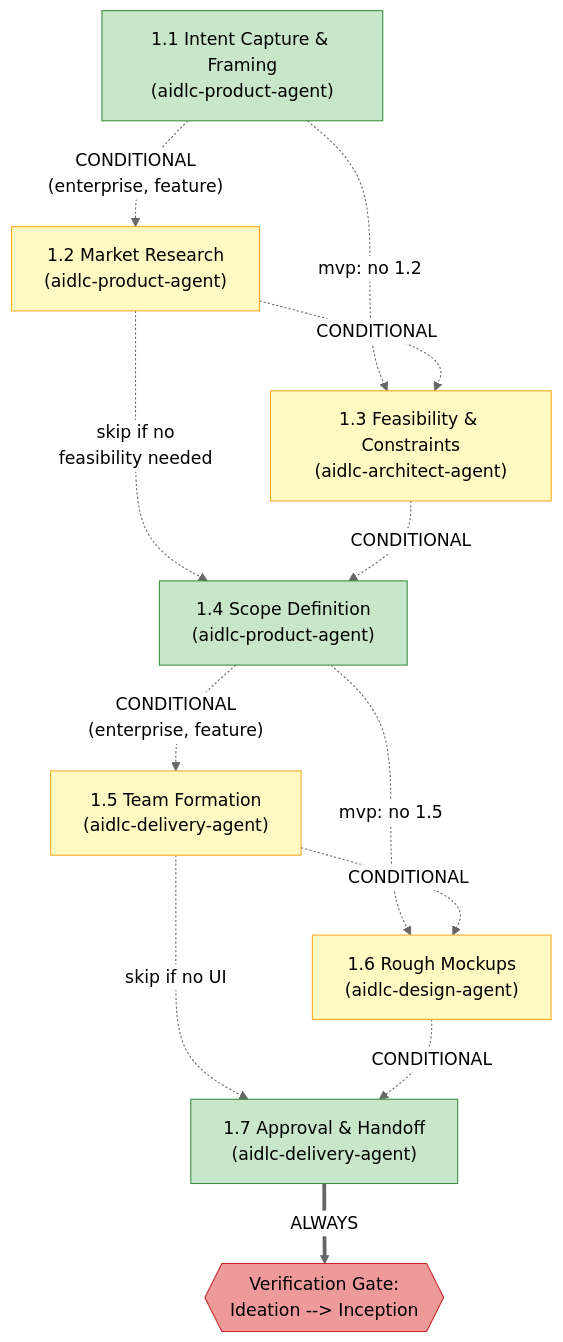
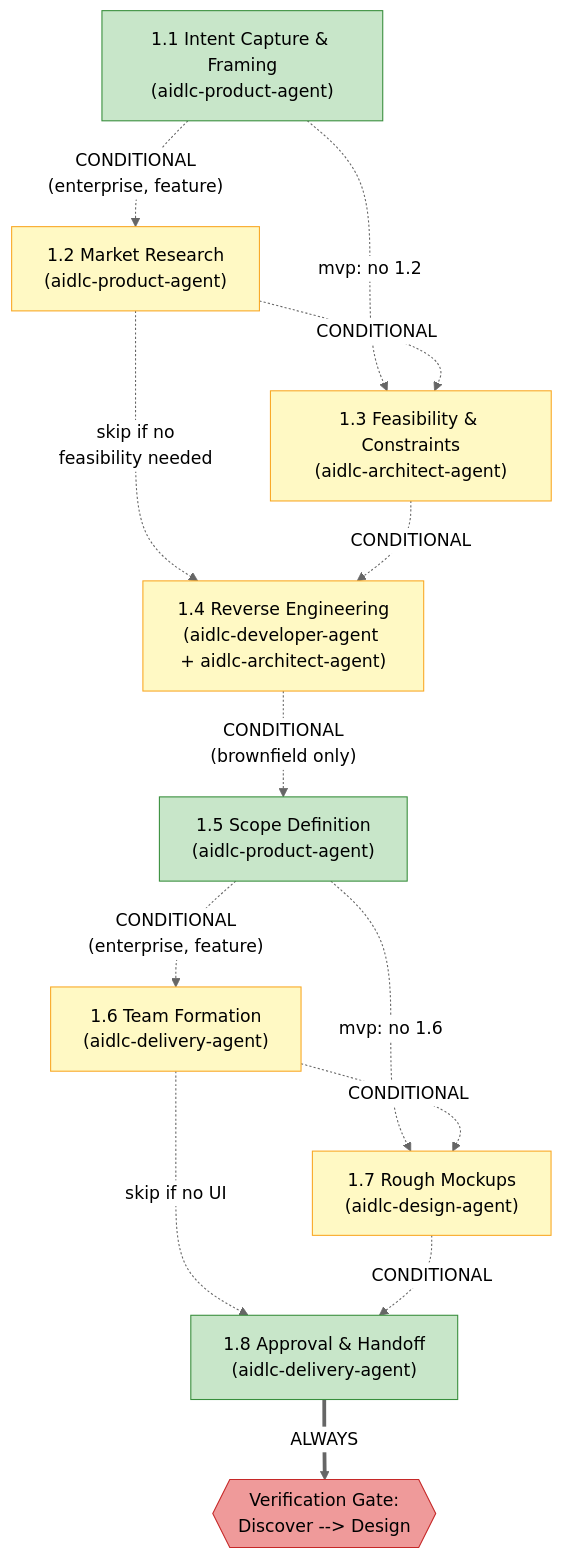
Before and after one commit to devsoftx/aidlc-workflows: the second of 12 diagrams in docs/reference/diagrams.md, drawn with Mermaid (neutral theme). The commit also changed other lines of this file and 34 other files, not shown here.

````diff
--- a/docs/reference/diagrams.md
+++ b/docs/reference/diagrams.md
@@ -71,32 +93,35 @@
 ```mermaid
 flowchart TD
     S11["1.1 Intent Capture & Framing\n(aidlc-product-agent)"]
     S12["1.2 Market Research\n(aidlc-product-agent)"]
     S13["1.3 Feasibility & Constraints\n(aidlc-architect-agent)"]
-    S14["1.4 Scope Definition\n(aidlc-product-agent)"]
-    S15["1.5 Team Formation\n(aidlc-delivery-agent)"]
-    S16["1.6 Rough Mockups\n(aidlc-design-agent)"]
-    S17["1.7 Approval & Handoff\n(aidlc-delivery-agent)"]
-    VG1{{"Verification Gate:\nIdeation --> Inception"}}
+    S14["1.4 Reverse Engineering\n(aidlc-developer-agent + aidlc-architect-agent)"]
+    S15["1.5 Scope Definition\n(aidlc-product-agent)"]
+    S16["1.6 Team Formation\n(aidlc-delivery-agent)"]
+    S17["1.7 Rough Mockups\n(aidlc-design-agent)"]
+    S18["1.8 Approval & Handoff\n(aidlc-delivery-agent)"]
+    VG1{{"Verification Gate:\nDiscover --> Design"}}
 
     S11 -.->|"CONDITIONAL\n(enterprise, feature)"| S12
     S11 -.->|"mvp: no 1.2"| S13
     S12 -.->|CONDITIONAL| S13
     S12 -.->|"skip if no\nfeasibility needed"| S14
     S13 -.->|CONDITIONAL| S14
-    S14 -.->|"CONDITIONAL\n(enterprise, feature)"| S15
-    S14 -.->|"mvp: no 1.5"| S16
-    S15 -.->|CONDITIONAL| S16
-    S15 -.->|"skip if no UI"| S17
+    S14 -.->|"CONDITIONAL\n(brownfield only)"| S15
+    S15 -.->|"CONDITIONAL\n(enterprise, feature)"| S16
+    S15 -.->|"mvp: no 1.6"| S17
     S16 -.->|CONDITIONAL| S17
-    S17 ==>|ALWAYS| VG1
+    S16 -.->|"skip if no UI"| S18
+    S17 -.->|CONDITIONAL| S18
+    S18 ==>|ALWAYS| VG1
 
     style S11 fill:#c8e6c9,stroke:#388e3c,color:#000
-    style S14 fill:#c8e6c9,stroke:#388e3c,color:#000
-    style S17 fill:#c8e6c9,stroke:#388e3c,color:#000
+    style S15 fill:#c8e6c9,stroke:#388e3c,color:#000
+    style S18 fill:#c8e6c9,stroke:#388e3c,color:#000
     style S12 fill:#fff9c4,stroke:#f9a825,color:#000
     style S13 fill:#fff9c4,stroke:#f9a825,color:#000
-    style S15 fill:#fff9c4,stroke:#f9a825,color:#000
+    style S14 fill:#fff9c4,stroke:#f9a825,color:#000
     style S16 fill:#fff9c4,stroke:#f9a825,color:#000
+    style S17 fill:#fff9c4,stroke:#f9a825,color:#000
     style VG1 fill:#ef9a9a,stroke:#c62828,color:#000
 ```
````
